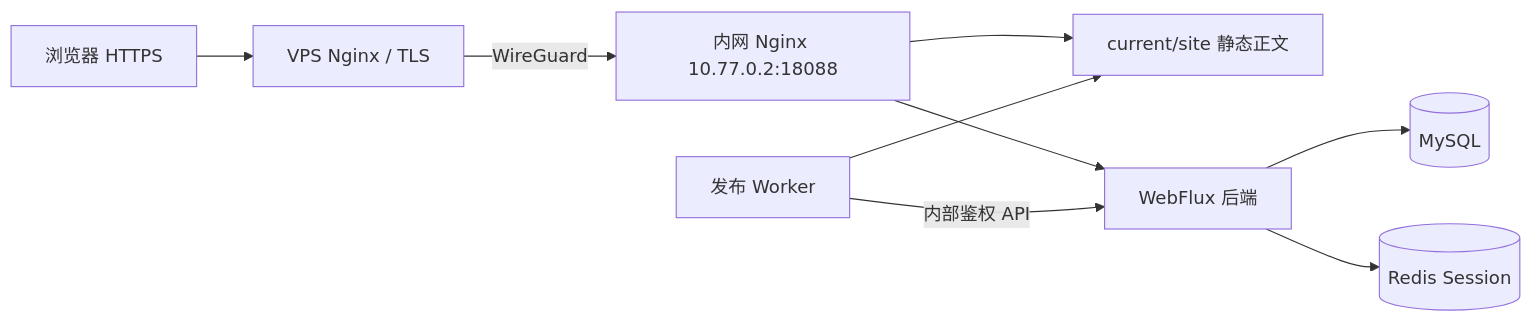
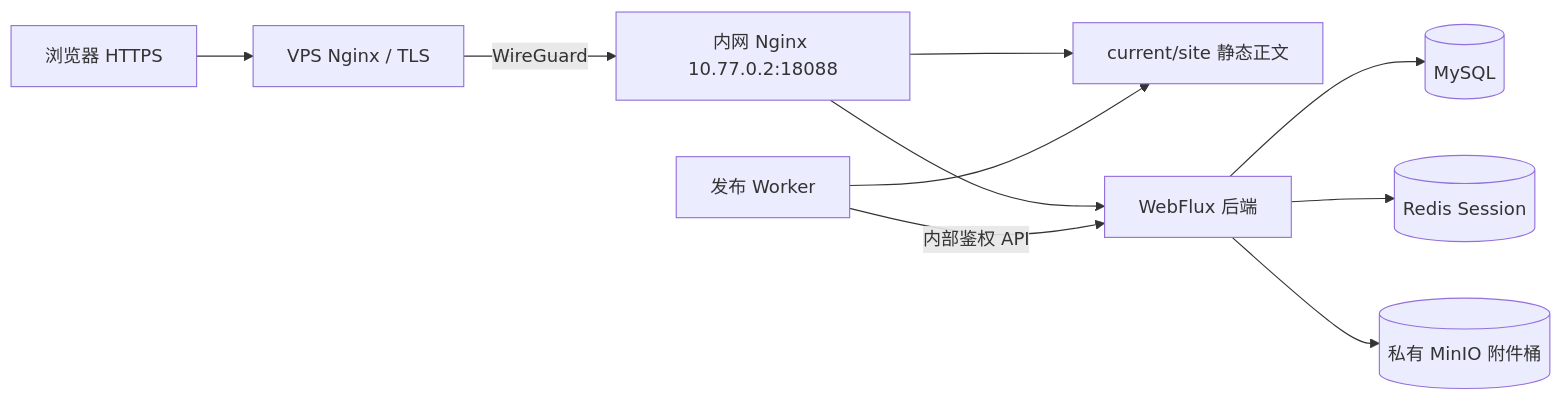
The diagram in docs/deployment.md (MRNOBODY-ZST/hadesd), drawn with Mermaid before and after one commit. The commit also changed other lines of this file and 109 other files, not shown here.

````diff
--- a/docs/deployment.md
+++ b/docs/deployment.md
@@ -7,11 +7,12 @@
 ```mermaid
 flowchart LR
     Browser[浏览器 HTTPS] --> Edge[VPS Nginx / TLS]
     Edge -->|WireGuard| Origin[内网 Nginx 10.77.0.2:18088]
     Origin --> Static[current/site 静态正文]
     Origin --> API[WebFlux 后端]
     API --> MySQL[(MySQL)]
     API --> Redis[(Redis Session)]
+    API --> MinIO[(私有 MinIO 附件桶)]
     Worker[发布 Worker] -->|内部鉴权 API| API
     Worker --> Static
 ```
````
